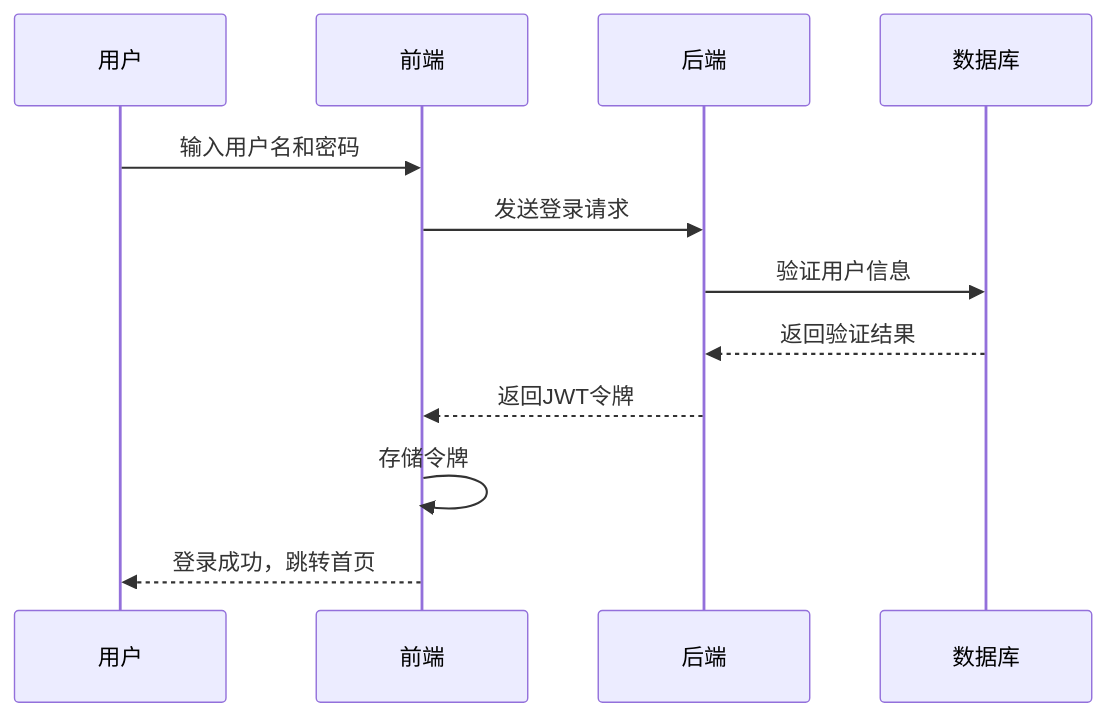
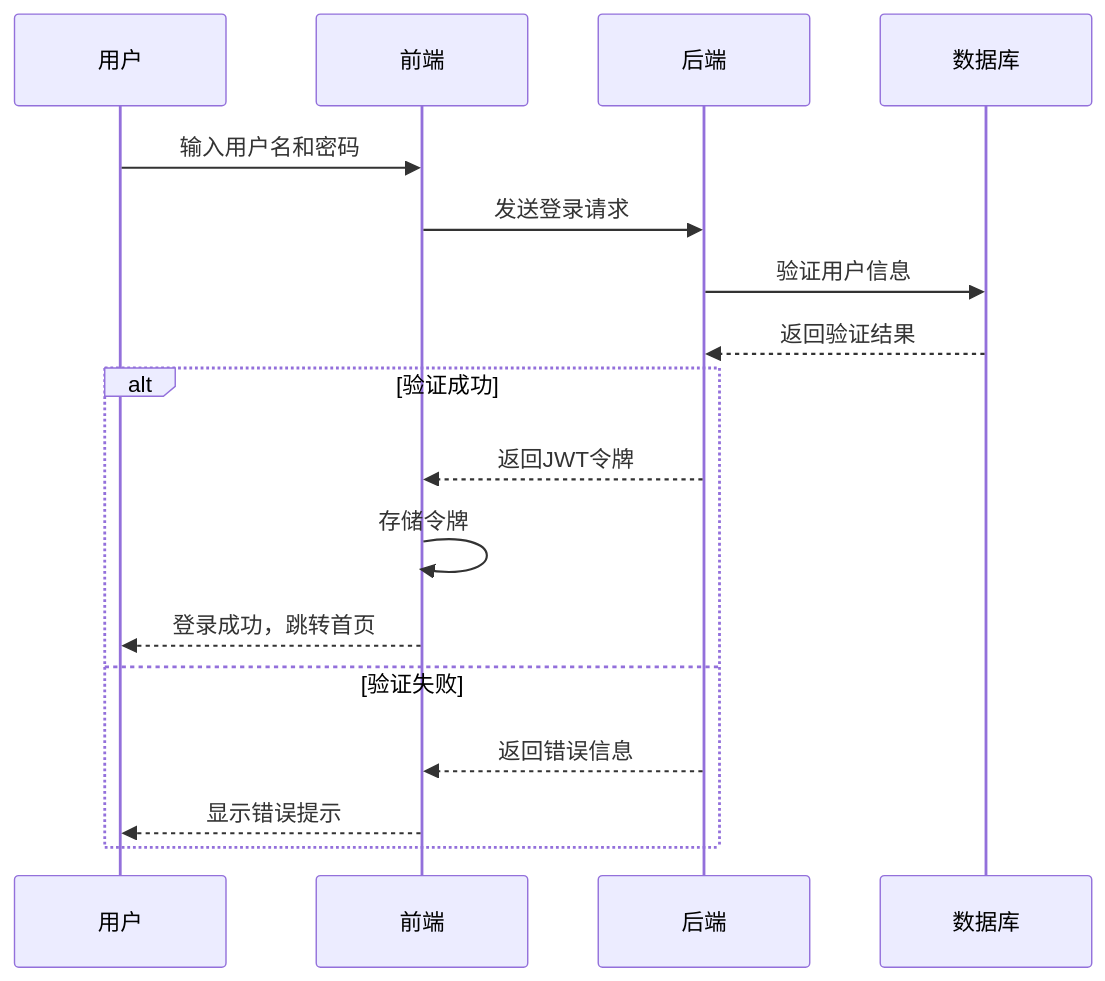
Diagram 17 of 19 in README.md (EncounterXin/RFID-Archive-Management-System), drawn with Mermaid before and after one commit. The commit also changed other lines of this file and 4 other files, not shown here.

Commit message:
README文件优化-添加项目在线体验地址，图表展示优化

````diff
--- a/README.md
+++ b/README.md
@@ -660,15 +953,21 @@
 ```mermaid
 sequenceDiagram
     participant User as 用户
     participant FE as 前端
     participant BE as 后端
     participant DB as 数据库
     
     User->>FE: 输入用户名和密码
     FE->>BE: 发送登录请求
     BE->>DB: 验证用户信息
     DB-->>BE: 返回验证结果
-    BE-->>FE: 返回JWT令牌
-    FE->>FE: 存储令牌
-    FE-->>User: 登录成功，跳转首页
+    
+    alt 验证成功
+        BE-->>FE: 返回JWT令牌
+        FE->>FE: 存储令牌
+        FE-->>User: 登录成功，跳转首页
+    else 验证失败
+        BE-->>FE: 返回错误信息
+        FE-->>User: 显示错误提示
+    end
 ```
````
